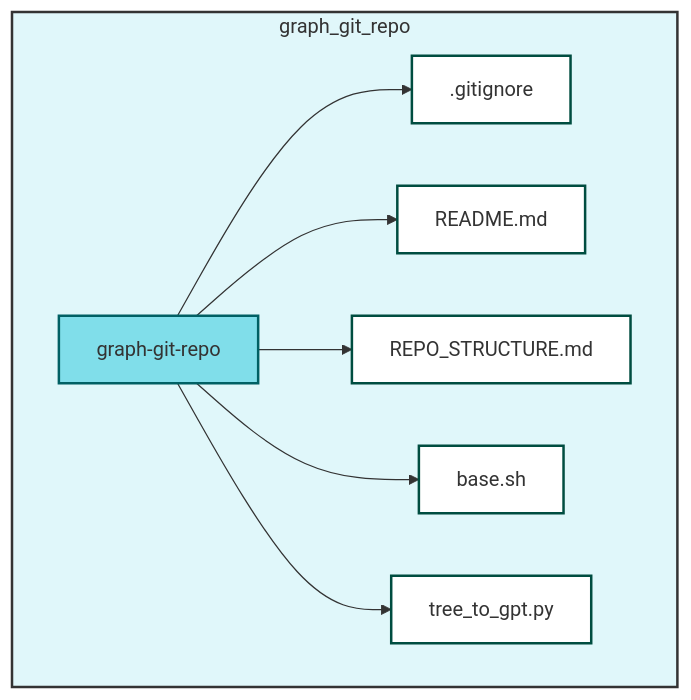
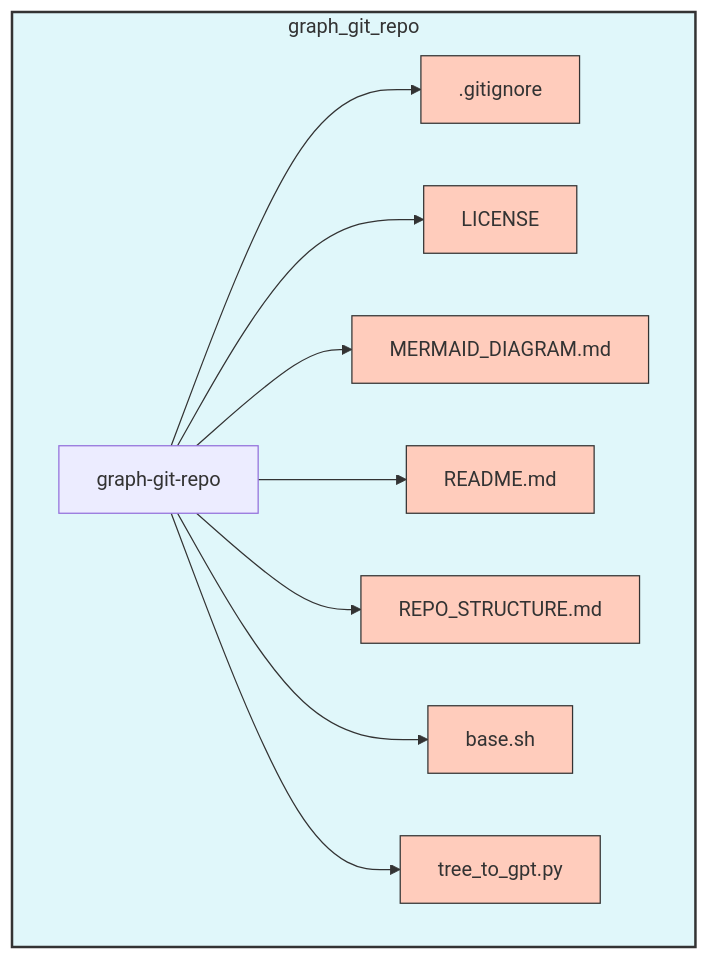
Before and after one commit to PGSch/graph-git-repo: the diagram in MERMAID_DIAGRAM.md, drawn with Mermaid. The commit also changed 1 other file, not shown here.

Commit message:
[bot] Update repository structure and Mermaid diagram

````diff
--- a/MERMAID_DIAGRAM.md
+++ b/MERMAID_DIAGRAM.md
@@ -3,15 +3,22 @@
 ```mermaid
-graph TB
+graph TD
     %% Repository Structure
     subgraph graph_git_repo
-        root[graph-git-repo]:::folder
-        root --> gitignore[.gitignore]:::file
-        root --> README[README.md]:::file
-        root --> REPO_STRUCTURE[REPO_STRUCTURE.md]:::file
-        root --> base[base.sh]:::file
-        root --> tree_to_gpt[tree_to_gpt.py]:::file
+        root[graph-git-repo]
+        root --> gitignore[.gitignore]
+        root --> license[LICENSE]
+        root --> mermaid[MERMAID_DIAGRAM.md]
+        root --> README[README.md]
+        root --> repo_structure[REPO_STRUCTURE.md]
+        root --> base[base.sh]
+        root --> tree_to_gpt[tree_to_gpt.py]
     end
     style graph_git_repo fill:#e0f7fa,stroke:#333,stroke-width:2px;
-    classDef folder fill:#80deea,stroke:#006064,stroke-width:2px;
-    classDef file fill:#ffffff,stroke:#004d40,stroke-width:2px;
+    style gitignore fill:#ffccbc,stroke:#333,stroke-width:1px;
+    style license fill:#ffccbc,stroke:#333,stroke-width:1px;
+    style mermaid fill:#ffccbc,stroke:#333,stroke-width:1px;
+    style README fill:#ffccbc,stroke:#333,stroke-width:1px;
+    style repo_structure fill:#ffccbc,stroke:#333,stroke-width:1px;
+    style base fill:#ffccbc,stroke:#333,stroke-width:1px;
+    style tree_to_gpt fill:#ffccbc,stroke:#333,stroke-width:1px;
 ```
````
